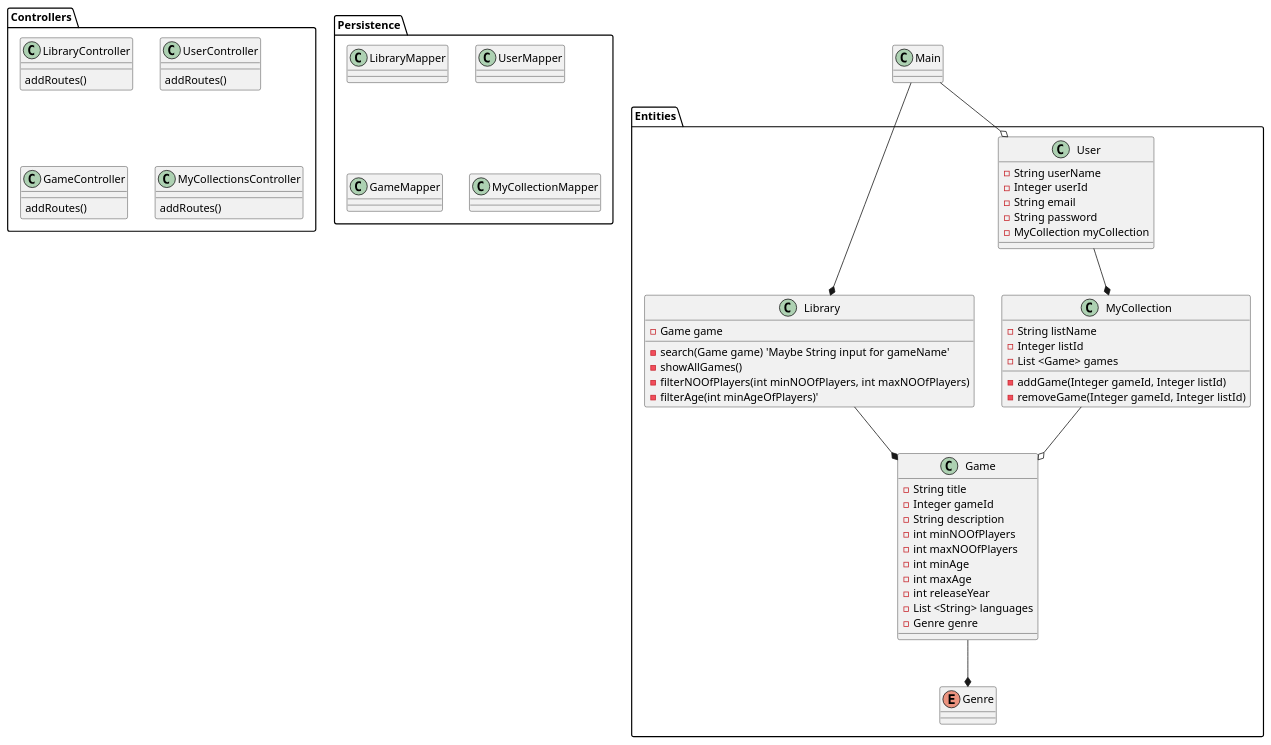
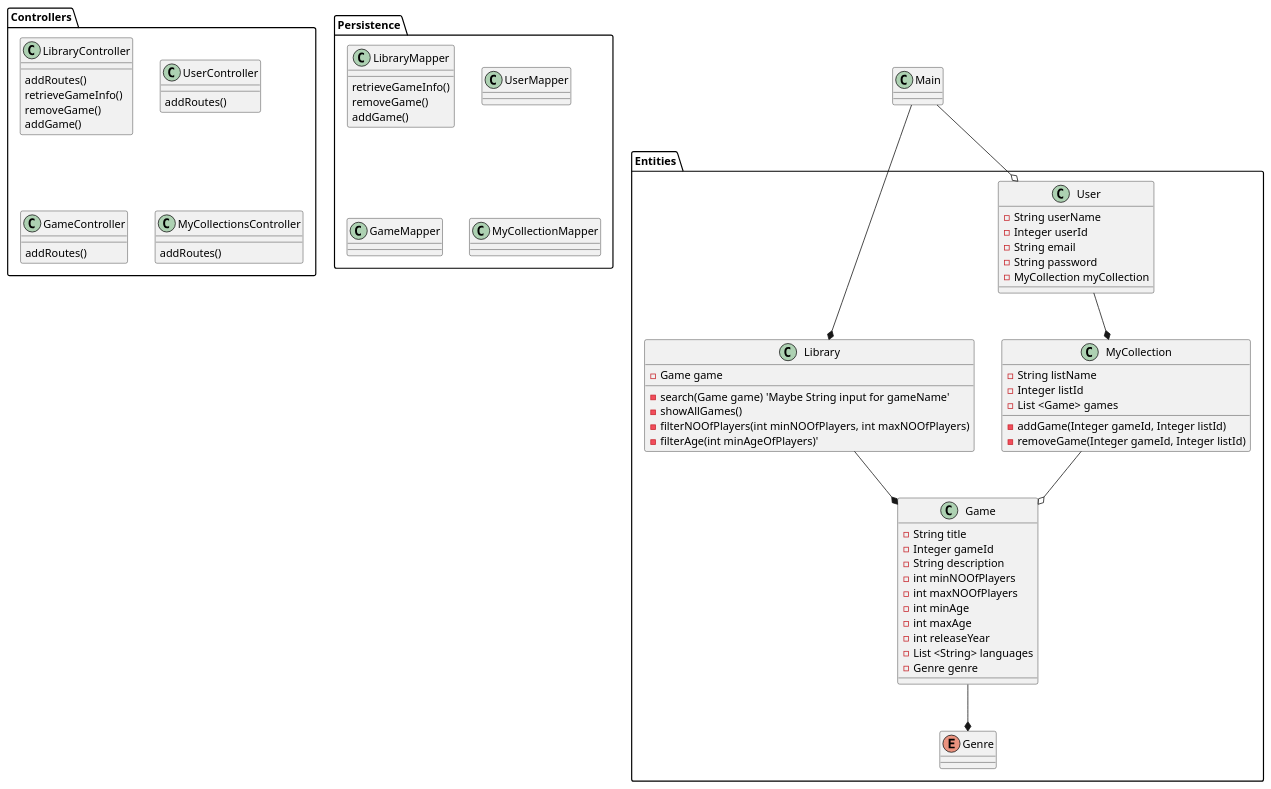
Before and after one commit to RikkeMariussen/Braetspil: the diagram in klasseDiagramUS1+2.puml, drawn with PlantUML. The commit also changed 1 other file, not shown here.

Commit message:
Enhance Controllers and Persistence: added methods for game management in LibraryController and LibraryMapper

```diff
--- a/klasseDiagramUS1+2.puml
+++ b/klasseDiagramUS1+2.puml
@@ -1,99 +1,106 @@
 @startuml ClassDiagramUS1+2
 'Alt+D = preview
 
 
 class Main{
 'BoardGameApp
 }
 
 package Entities{
 
 
     class Library{
         -Game game
         -search(Game game) 'Maybe String input for gameName'
         -showAllGames()
         '-filter(Enum genre)
         -filterNOOfPlayers(int minNOOfPlayers, int maxNOOfPlayers)
         -filterAge(int minAgeOfPlayers)'
     }
 
     class User{
         -String userName
         -Integer userId
         -String email
         -String password
         -MyCollection myCollection
         'Getters and setters'
     }
 
     class MyCollection{
         -String listName
         -Integer listId
         -List <Game> games
         'Det er listen der bruger funktionerne, spillet bliver bare sendt med rundt.'
         -addGame(Integer gameId, Integer listId)
         -removeGame(Integer gameId, Integer listId)
     } 
 
     class Game {
         -String title
         -Integer gameId
         -String description
         -int minNOOfPlayers
         -int maxNOOfPlayers
         -int minAge
         -int maxAge
         -int releaseYear
         -List <String> languages
         -Genre genre
         'Getters and setters'
     }
 
     enum Genre{
     }
 }
 
 'Vi har ikke fokus på persistence og controllers i denne iteration, hvorfor vi bare har de to packages med, men ikke har udviklet dem
 package Controllers{
     class LibraryController{
         addRoutes()
+        retrieveGameInfo()
+        removeGame()
+        addGame()
     }
 
     class UserController{
         addRoutes()
     }
 
     class GameController{
         addRoutes()
     }
 
     class MyCollectionsController{
         addRoutes()
     }
 
 }
 
 package Persistence{
-    class LibraryMapper{}
+    class LibraryMapper{
+        retrieveGameInfo()
+        removeGame()
+        addGame()
+    }
 
     class UserMapper{}
 
     class GameMapper{}
 
     class MyCollectionMapper{}
 
 }
 
 'Relations
 'Entities
 
 Main --* Library
 Main --o User
 User --* MyCollection
 MyCollection --o Game
 Library --* Game
 Game --* Genre
 
 
 @enduml
```
